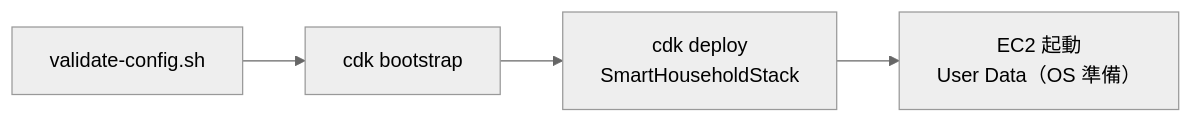
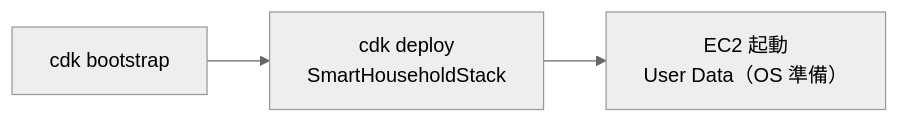
Before and after one commit to DRS22DownForce/SmartHouseholdAccountBook: the second of 3 diagrams in docs/infrastructure/AWS/03-deployment-flow.md, drawn with Mermaid (neutral theme). The commit also changed other lines of this file and 13 other files, not shown here.

Commit message:
AWSインフラストラクチャのドキュメントとスクリプトを更新し、環境固有の設定のために`cdk.local.json`を`cdk.context.json`に置き換えます。Javaコード内のコンテキスト処理をリファクタリングし、必須値の強制とエラー処理の改善を図ります。廃止された検証スクリプトを削除し、不要な設定チェックを排除することでデプロイプロセスを効率化します。

````diff
--- a/docs/infrastructure/AWS/03-deployment-flow.md
+++ b/docs/infrastructure/AWS/03-deployment-flow.md
@@ -83,9 +79,8 @@
 ```mermaid
 flowchart LR
-    V["validate-config.sh"]
     B["cdk bootstrap"]
     D["cdk deploy<br/>SmartHouseholdStack"]
     EC2["EC2 起動<br/>User Data（OS 準備）"]
 
-    V --> B --> D --> EC2
+    B --> D --> EC2
 ```
````
